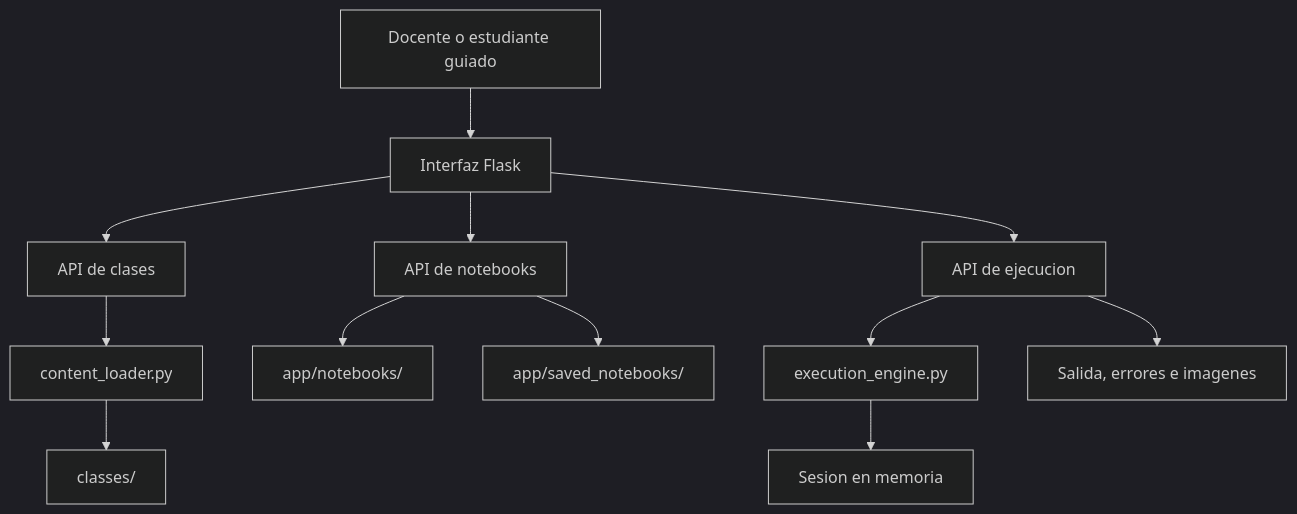
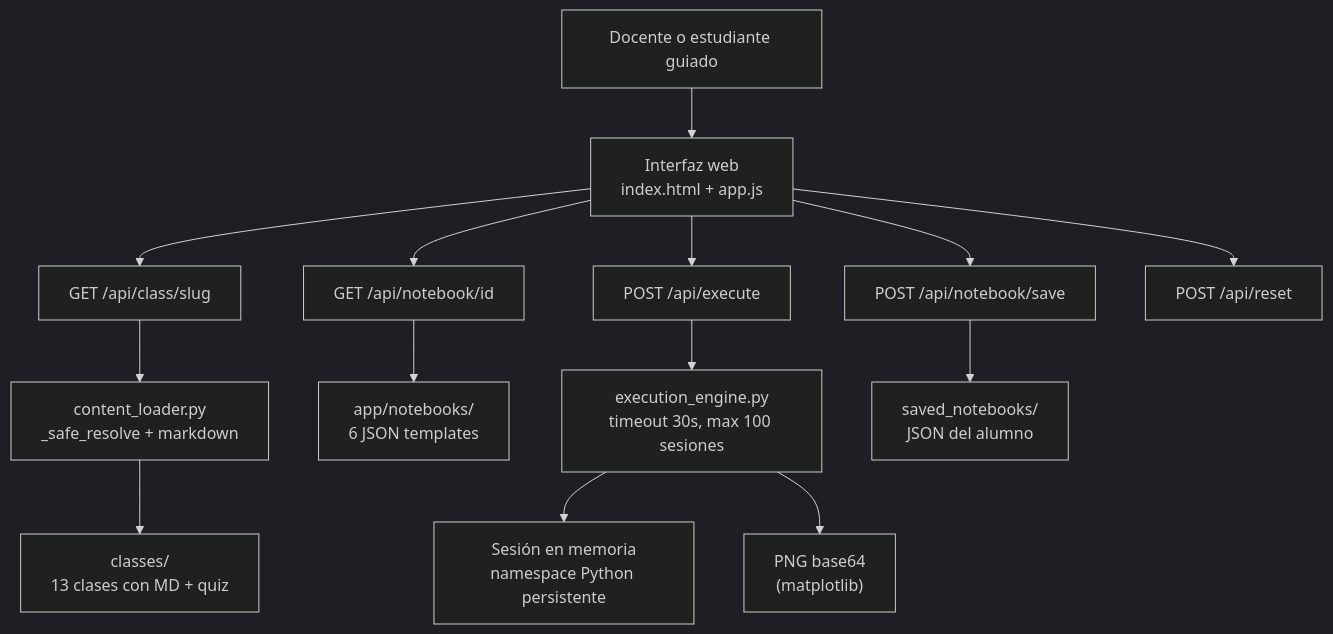
The second of 4 diagrams in docs/ARQUITECTURA_PRODUCTO.md (vladimiracunadev-create/python-data-science-bootcamp), drawn with Mermaid (dark theme) before and after one commit. The commit also changed other lines of this file and 10 other files, not shown here.

````diff
--- a/docs/ARQUITECTURA_PRODUCTO.md
+++ b/docs/ARQUITECTURA_PRODUCTO.md
@@ -34,15 +43,17 @@
 ```mermaid
 graph TD
-    USER["Docente o estudiante guiado"] --> UI["Interfaz Flask"]
-    UI --> CLASSAPI["API de clases"]
-    UI --> NBAPI["API de notebooks"]
-    UI --> EXECAPI["API de ejecucion"]
+    USER["Docente o estudiante guiado"] --> UI["Interfaz web\nindex.html + app.js"]
+    UI --> CLASSAPI["GET /api/class/slug"]
+    UI --> NBAPI["GET /api/notebook/id"]
+    UI --> EXECAPI["POST /api/execute"]
+    UI --> SAVEAPI["POST /api/notebook/save"]
+    UI --> RESETAPI["POST /api/reset"]
 
-    CLASSAPI --> LOADER["content_loader.py"]
-    LOADER --> CLASSES["classes/"]
-    NBAPI --> TEMPLATES["app/notebooks/"]
-    EXECAPI --> ENGINE["execution_engine.py"]
-    ENGINE --> SESSION["Sesion en memoria"]
-    NBAPI --> SAVED["app/saved_notebooks/"]
-    EXECAPI --> FIGS["Salida, errores e imagenes"]
+    CLASSAPI --> LOADER["content_loader.py\n_safe_resolve + markdown"]
+    LOADER --> CLASSES["classes/\n13 clases con MD + quiz"]
+    NBAPI --> TEMPLATES["app/notebooks/\n6 JSON templates"]
+    EXECAPI --> ENGINE["execution_engine.py\ntimeout 30s, max 100 sesiones"]
+    ENGINE --> SESSION["Sesión en memoria\nnamespace Python persistente"]
+    ENGINE --> FIGS["PNG base64\n(matplotlib)"]
+    SAVEAPI --> SAVED["saved_notebooks/\nJSON del alumno"]
 ```
````
